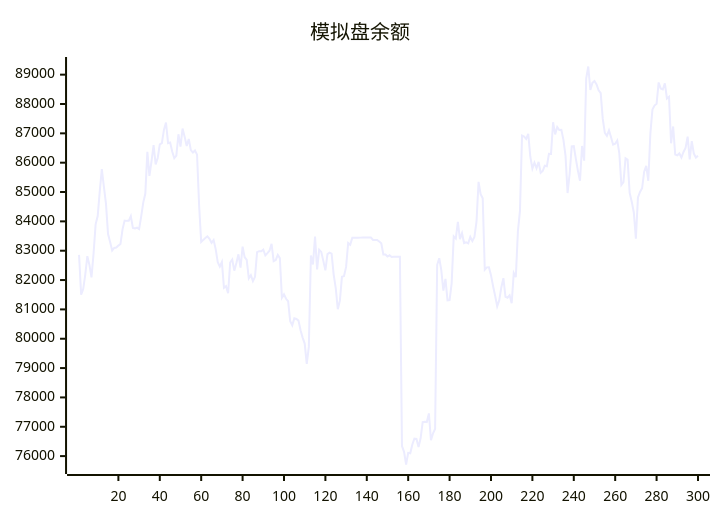
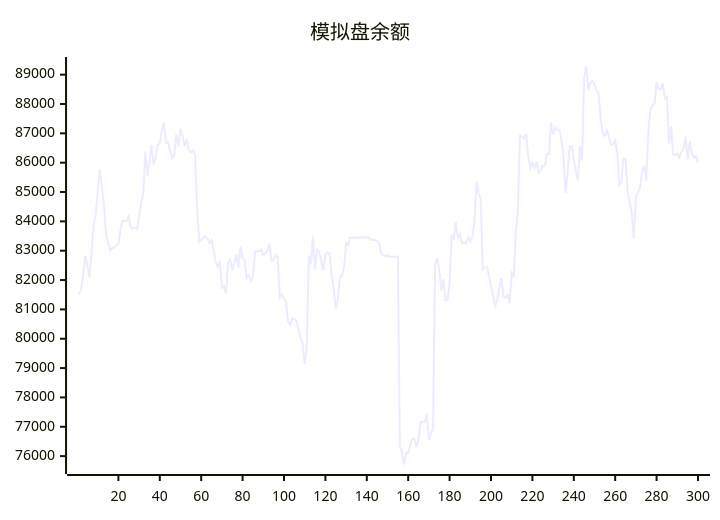
The diagram in README.md (aahl/ai-trading), drawn with Mermaid before and after one commit. The commit also changed other lines of this file and 1 other file, not shown here.

````diff
--- a/README.md
+++ b/README.md
@@ -5,5 +5,5 @@
 ```mermaid
 xychart
     title "模拟盘余额"
-    line [82858,81503,81691,82188,82812,82517,82092,82901,83898,84180,85030,85781,85178,84604,83569,83298,83008,83093,83107,83175,83228,83729,84025,84017,84019,84177,83775,83762,83785,83738,84160,84639,84939,86370,85548,86046,86599,85942,86161,86622,86664,87115,87369,86666,86685,86384,86152,86243,86969,86548,87164,86885,86566,86809,86427,86348,86417,86273,84538,83299,83369,83430,83490,83404,83270,83362,83056,82605,82459,82614,81734,81788,81551,82598,82702,82320,82580,82878,82426,83139,82778,82686,82056,82166,81963,82110,82951,82983,82984,83038,82838,82915,82998,83235,82642,82682,82858,82746,81396,81512,81362,81277,80600,80461,80699,80673,80616,80288,80038,79836,79142,79722,82837,82533,83480,82366,83032,82960,82654,82330,82883,82934,82901,82188,81728,81005,81298,82110,82135,82449,83264,83203,83440,83439,83440,83440,83446,83447,83448,83447,83448,83449,83369,83369,83369,83313,83256,82872,82873,82801,82844,82785,82791,82791,82793,82794,76339,76145,75714,76110,76096,76397,76594,76585,76310,76607,77160,77170,77160,77456,76541,76774,76927,82520,82744,82337,81639,82040,81307,81314,81887,83490,83414,83984,83396,83594,83261,83287,83253,83470,83327,83465,83987,85348,84930,84786,82355,82433,82438,82167,81795,81466,81105,81315,81756,82064,81426,81398,81481,81210,82242,82099,83658,84359,86925,86892,86814,86980,86203,85802,86003,85811,86028,85657,85721,85896,85880,86300,86299,87378,86965,87214,87115,87118,86780,86238,84966,85623,86555,86562,86129,85722,85387,86569,86070,88870,89278,88477,88720,88781,88668,88467,88372,87493,87018,86917,87102,86870,86613,86644,86758,86317,85242,85334,86149,86106,84968,84671,84302,83410,84816,85001,85127,85693,85891,85384,87001,87811,87945,88007,88734,88528,88495,88705,88189,88248,86662,87234,86279,86251,86314,86177,86364,86503,86886,86114,86731,86310,86176,86240]
+    line [81503,81691,82188,82812,82517,82092,82901,83898,84180,85030,85781,85178,84604,83569,83298,83008,83093,83107,83175,83228,83729,84025,84017,84019,84177,83775,83762,83785,83738,84160,84639,84939,86370,85548,86046,86599,85942,86161,86622,86664,87115,87369,86666,86685,86384,86152,86243,86969,86548,87164,86885,86566,86809,86427,86348,86417,86273,84538,83299,83369,83430,83490,83404,83270,83362,83056,82605,82459,82614,81734,81788,81551,82598,82702,82320,82580,82878,82426,83139,82778,82686,82056,82166,81963,82110,82951,82983,82984,83038,82838,82915,82998,83235,82642,82682,82858,82746,81396,81512,81362,81277,80600,80461,80699,80673,80616,80288,80038,79836,79142,79722,82837,82533,83480,82366,83032,82960,82654,82330,82883,82934,82901,82188,81728,81005,81298,82110,82135,82449,83264,83203,83440,83439,83440,83440,83446,83447,83448,83447,83448,83449,83369,83369,83369,83313,83256,82872,82873,82801,82844,82785,82791,82791,82793,82794,76339,76145,75714,76110,76096,76397,76594,76585,76310,76607,77160,77170,77160,77456,76541,76774,76927,82520,82744,82337,81639,82040,81307,81314,81887,83490,83414,83984,83396,83594,83261,83287,83253,83470,83327,83465,83987,85348,84930,84786,82355,82433,82438,82167,81795,81466,81105,81315,81756,82064,81426,81398,81481,81210,82242,82099,83658,84359,86925,86892,86814,86980,86203,85802,86003,85811,86028,85657,85721,85896,85880,86300,86299,87378,86965,87214,87115,87118,86780,86238,84966,85623,86555,86562,86129,85722,85387,86569,86070,88870,89278,88477,88720,88781,88668,88467,88372,87493,87018,86917,87102,86870,86613,86644,86758,86317,85242,85334,86149,86106,84968,84671,84302,83410,84816,85001,85127,85693,85891,85384,87001,87811,87945,88007,88734,88528,88495,88705,88189,88248,86662,87234,86279,86251,86314,86177,86364,86503,86886,86114,86731,86310,86176,86240,86017]
 ```
````
